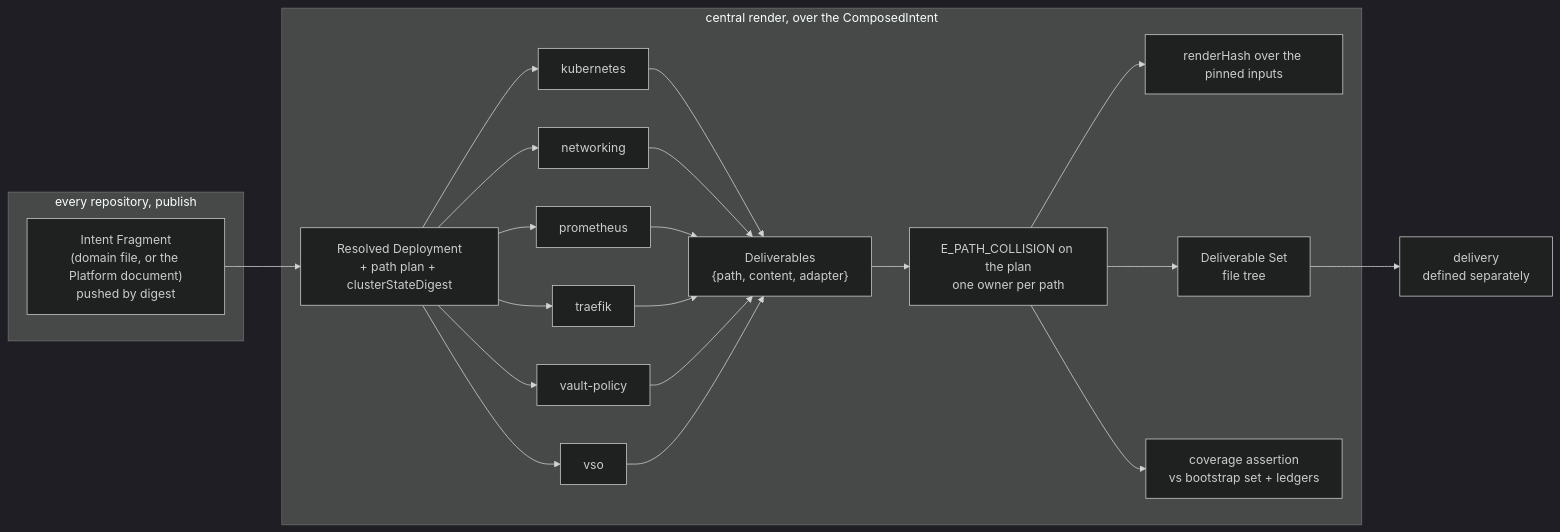
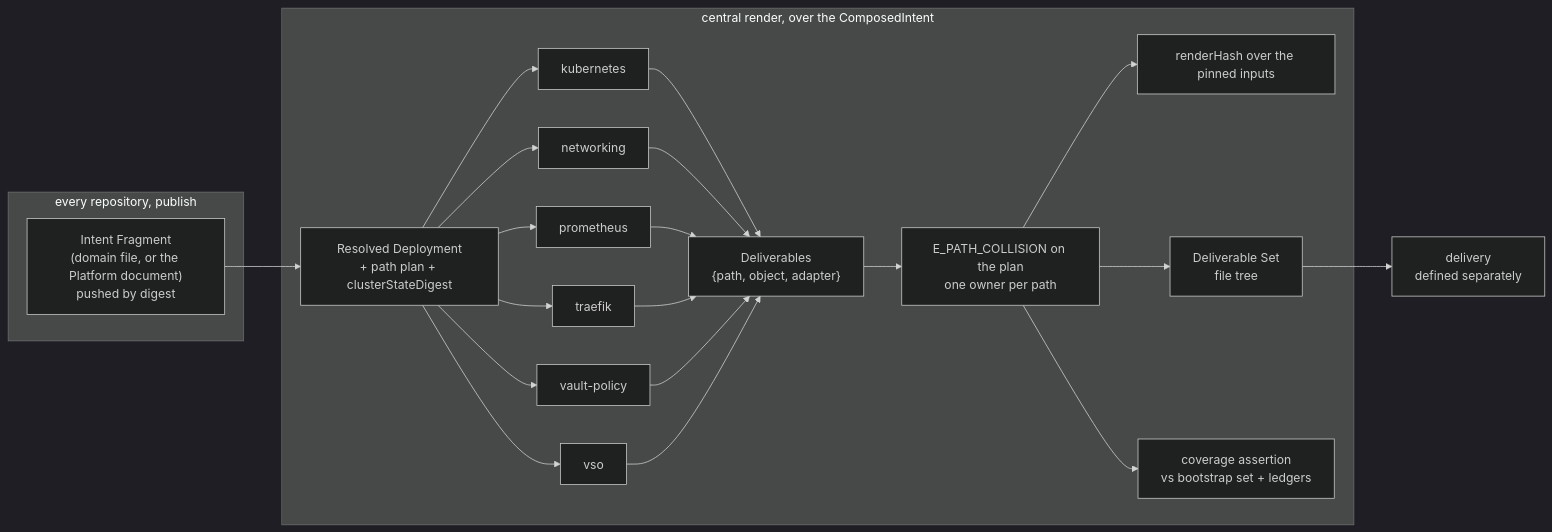
Before and after one commit to JorisJonkers-dev/deploy-kit: the diagram in spec/v1/30-deliverables.md, drawn with Mermaid (dark theme). The commit also changed other lines of this file and 1 other file, not shown here.

First line of the commit message:
docs: describe layer 3 as an object model plus one serializer

````diff
--- a/spec/v1/30-deliverables.md
+++ b/spec/v1/30-deliverables.md
@@ -404,22 +415,22 @@
 ```mermaid
 flowchart LR
     subgraph pub["every repository, publish"]
       IF["Intent Fragment<br/>(domain file, or the Platform document)<br/>pushed by digest"]
     end
     subgraph agg["central render, over the ComposedIntent"]
       RD["Resolved Deployment<br/>+ path plan + clusterStateDigest"]
       RD --> A1["kubernetes"]
       RD --> A2["networking"]
       RD --> A3["prometheus"]
       RD --> A4["traefik"]
       RD --> A5["vault-policy"]
       RD --> A6["vso"]
-      A1 & A2 & A3 & A4 & A5 & A6 --> DL["Deliverables<br/>{path, content, adapter}"]
+      A1 & A2 & A3 & A4 & A5 & A6 --> DL["Deliverables<br/>{path, object, adapter}"]
       DL --> COL["E_PATH_COLLISION on the plan<br/>one owner per path"]
       COL --> H["renderHash over the pinned inputs"]
       COL --> T["Deliverable Set<br/>file tree"]
       COL --> L["coverage assertion<br/>vs bootstrap set + ledgers"]
     end
     IF --> RD
     T --> X["delivery<br/>defined separately"]
 ```
````
